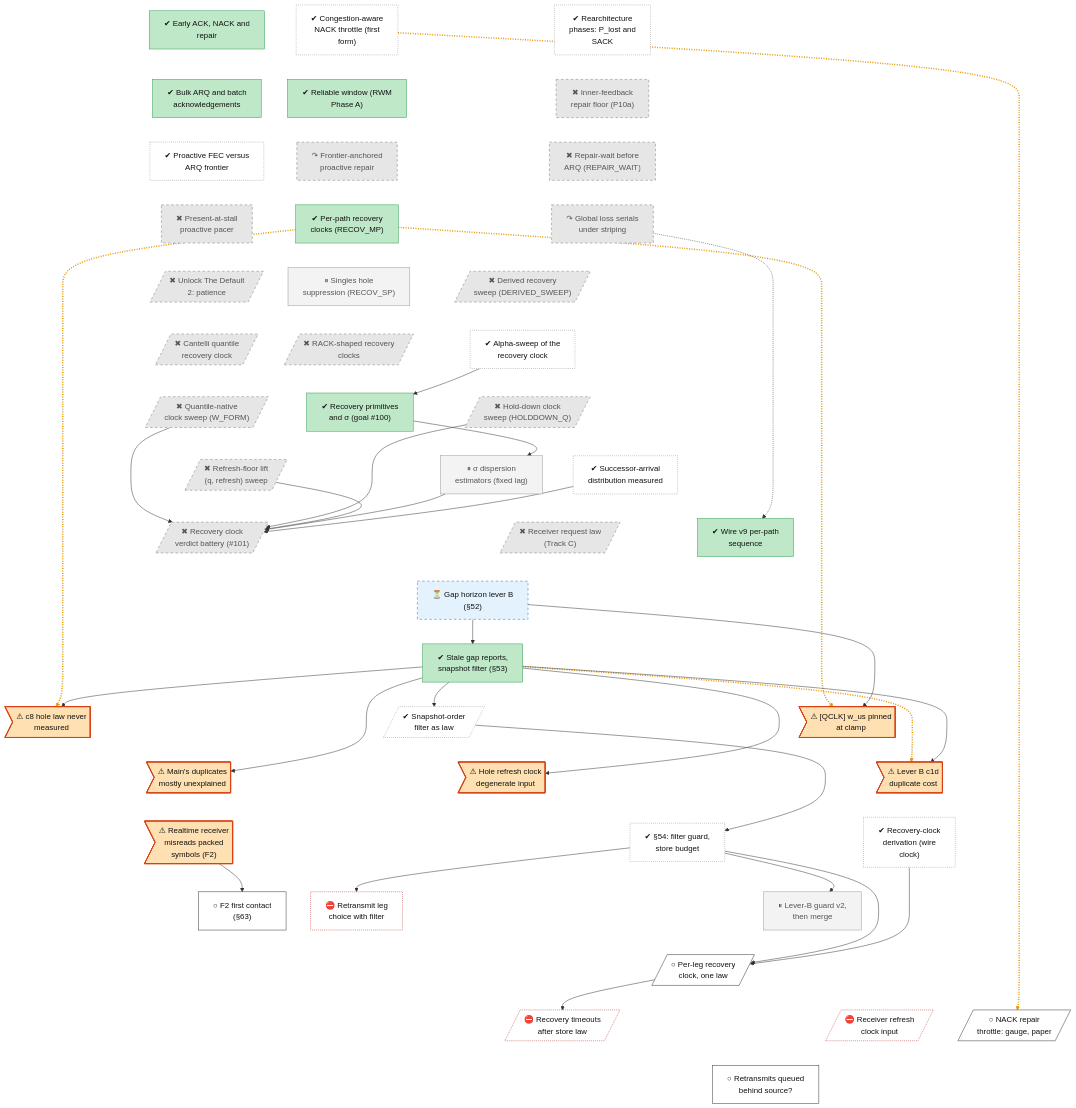
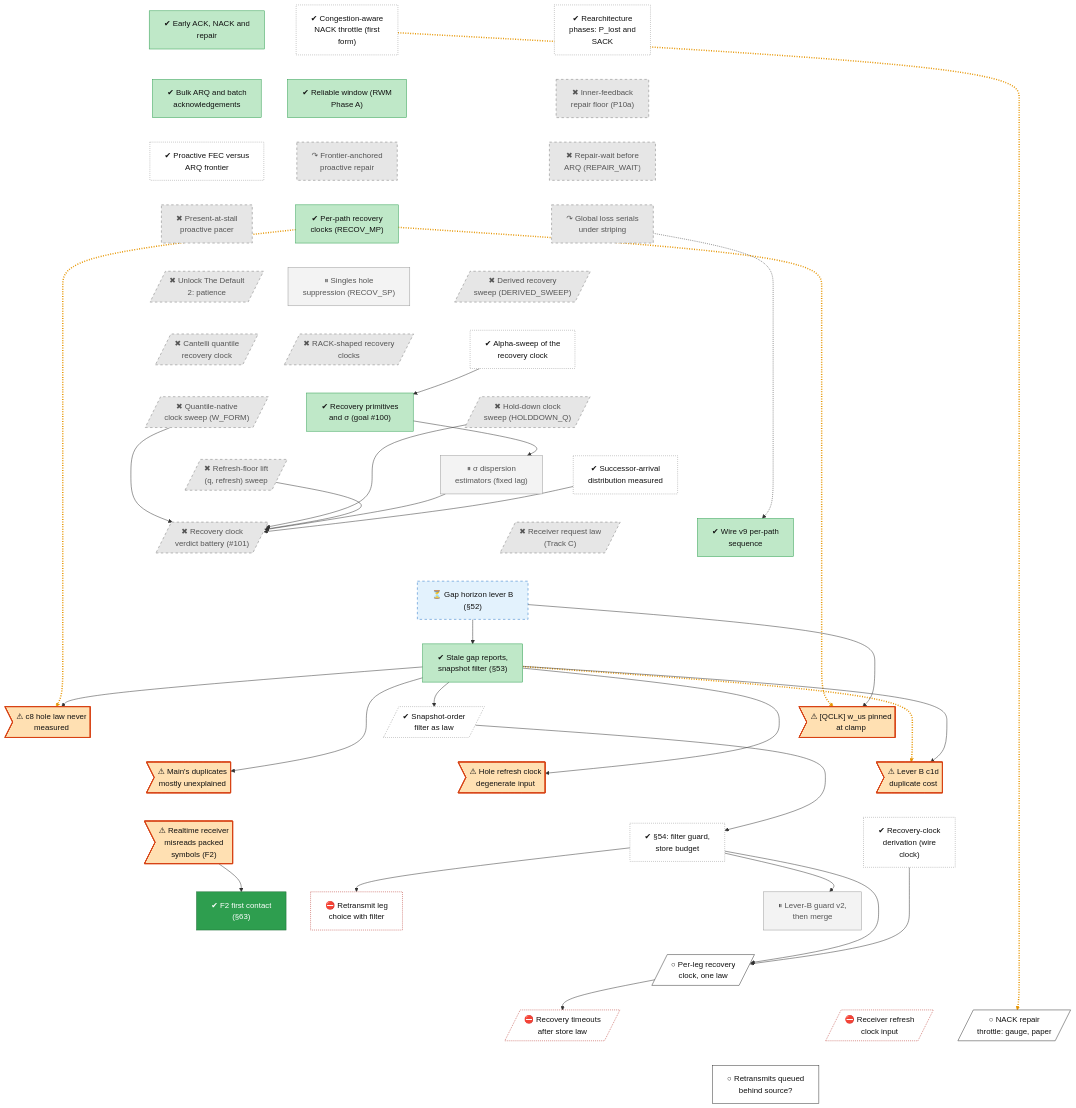
Before and after one commit to lhns/raptorpath: the diagram in docs/roadmap/tracks/rec.md, drawn with Mermaid. The commit also changed other lines of this file and 12 other files, not shown here.

First line of the commit message:
status §63 Result: the F2 fix removes the failure (CAND F2 reading PASS 5/5, CONTROL warm-up failed 2/5 incl. the unpaced U row); Amendment 2's DNF note withdrawn (DNF is block E's design); ledger docs/l1-raw/s63; roadmap

````diff
--- a/docs/roadmap/tracks/rec.md
+++ b/docs/roadmap/tracks/rec.md
@@ -47,7 +47,7 @@
     rec_s54_session["✔ #167;54: filter guard,<br/>store budget"]
     rec_wire_clock_derivation["✔ Recovery-clock<br/>derivation (wire<br/>clock)"]
     rec_defect_realtime_framing>"⚠ Realtime receiver<br/>misreads packed<br/>symbols (F2)"]
-    rec_s63_f2_first_contact["○ F2 first contact<br/>(#167;63)"]
+    rec_s63_f2_first_contact["✔ F2 first contact<br/>(#167;63)"]
     rec_w0_leg_question["⛔ Retransmit leg<br/>choice with filter"]
     rec_leverb_guard["⏸ Lever-B guard v2,<br/>then merge"]
     rec_fix_perleg_clock_n1[/"○ Per-leg recovery<br/>clock, one law"/]
@@ -150,6 +150,7 @@
     class rec_recov_sp,rec_dispersion_est,rec_leverb_guard parked
     class rec_gap_horizon waiting
     class rec_defect_qclk_clamp,rec_defect_hole_law,rec_defect_refresh_input,rec_leverb_c1d_cost,rec_defect_base_duplicates,rec_defect_realtime_framing defect
-    class rec_s63_f2_first_contact,rec_fix_perleg_clock_n1,rec_fix_nack_throttle,rec_retx_behind_source next
+    class rec_s63_f2_first_contact vsucc
     class rec_w0_leg_question,rec_recovery_timeouts,rec_fix_refresh_clock blocked
+    class rec_fix_perleg_clock_n1,rec_fix_nack_throttle,rec_retx_behind_source next
 ```
````
